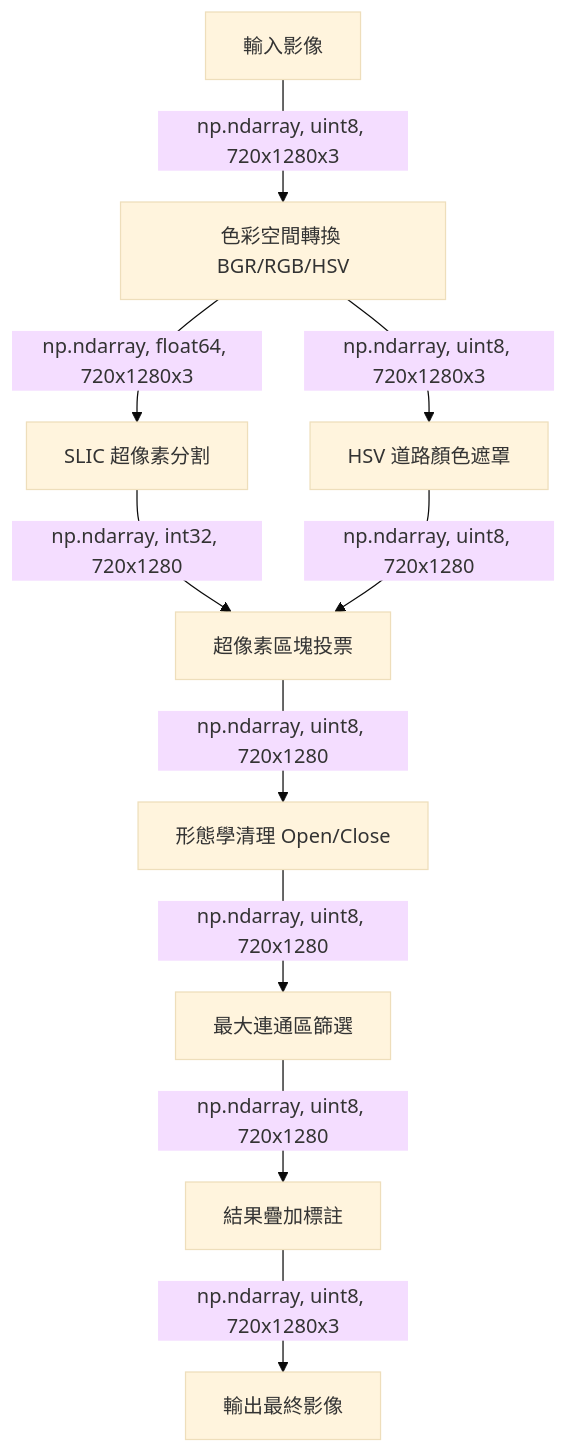
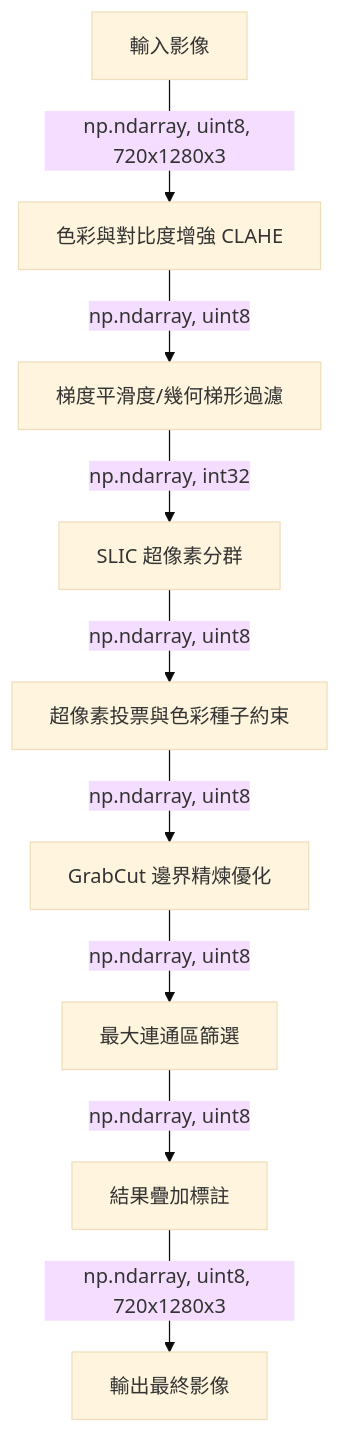
The diagram in README.md (ingPrivate/road-segment), drawn with Mermaid (base theme) before and after one commit. The commit also changed other lines of this file and 13 other files, not shown here.

````diff
--- a/README.md
+++ b/README.md
@@ -16,12 +20,11 @@
 ```mermaid
 graph TD
-    A[輸入影像] -->|np.ndarray, uint8, 720x1280x3| B[色彩空間轉換 BGR/RGB/HSV]
-    B -->|np.ndarray, float64, 720x1280x3| C[SLIC 超像素分割]
-    B -->|np.ndarray, uint8, 720x1280x3| D[HSV 道路顏色遮罩]
-    C -->|np.ndarray, int32, 720x1280| E[超像素區塊投票]
-    D -->|np.ndarray, uint8, 720x1280| E
-    E -->|np.ndarray, uint8, 720x1280| F[形態學清理 Open/Close]
-    F -->|np.ndarray, uint8, 720x1280| G[最大連通區篩選]
-    G -->|np.ndarray, uint8, 720x1280| H[結果疊加標註]
+    A[輸入影像] -->|np.ndarray, uint8, 720x1280x3| B[色彩與對比度增強 CLAHE]
+    B -->|np.ndarray, uint8| C[梯度平滑度/幾何梯形過濾]
+    C -->|np.ndarray, int32| D[SLIC 超像素分群]
+    D -->|np.ndarray, uint8| E[超像素投票與色彩種子約束]
+    E -->|np.ndarray, uint8| F[GrabCut 邊界精煉優化]
+    F -->|np.ndarray, uint8| G[最大連通區篩選]
+    G -->|np.ndarray, uint8| H[結果疊加標註]
     H -->|np.ndarray, uint8, 720x1280x3| I[輸出最終影像]
 ```
````
